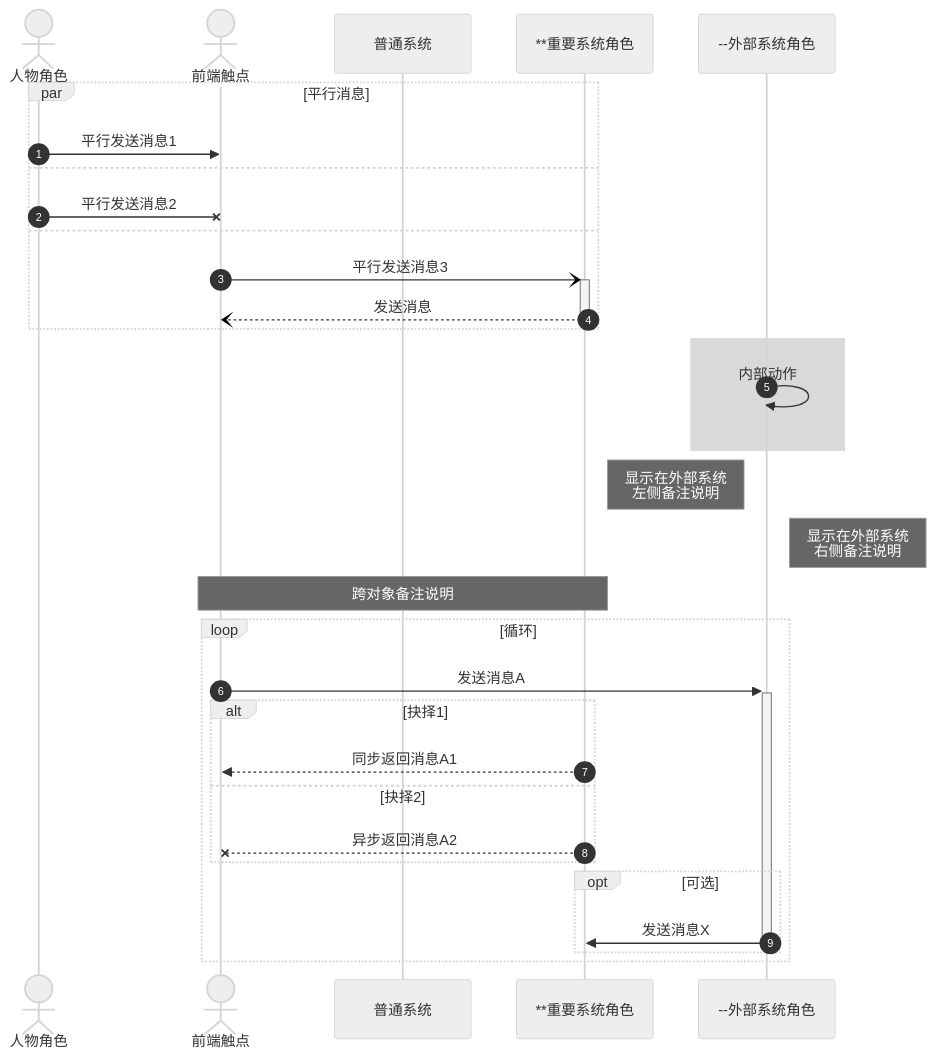
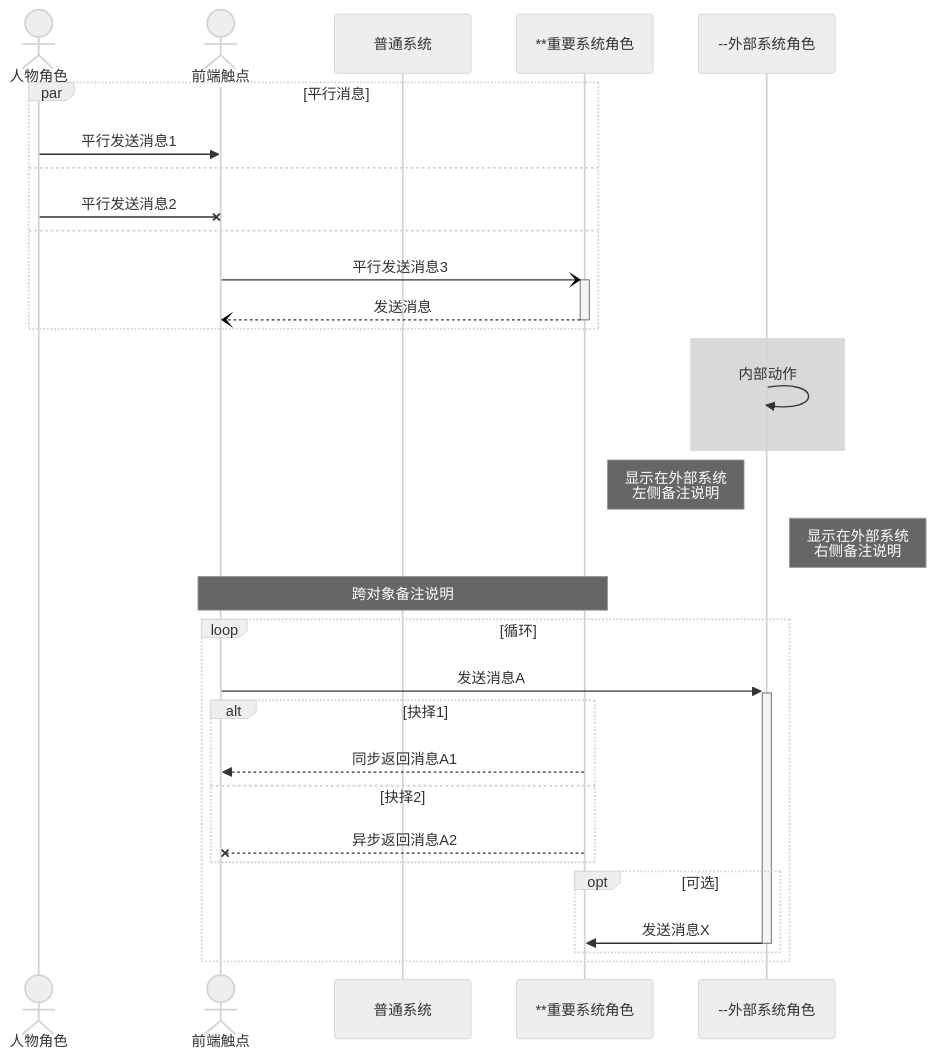
Before and after one commit to MadMaxChow/VLOOK: the fourth of 30 diagrams in released/demo/chart.md, drawn with Mermaid (neutral theme). The commit also changed other lines of this file and 116 other files, not shown here.

````diff
--- a/released/demo/chart.md
+++ b/released/demo/chart.md
@@ -224,40 +230,39 @@
 ```mermaid
 sequenceDiagram
 %% 设置显示消息的自动编号
-autonumber
 
 actor User as 人物角色
 actor Client as 前端触点
 participant MP as 普通系统
 participant Server as **重要系统角色
 participant Extend as --外部系统角色
 
 par 平行消息
 	User ->> Client: 平行发送消息1
 and
 	User -x Client: 平行发送消息2
 and
   Client -)+ Server: 平行发送消息3
   Server --)- Client: 发送消息
 end
 
 %% 设置区域高亮
 rect rgba(128, 128, 128, 0.3)
 	Extend ->> Extend: 内部动作
 end
 
 Note left of Extend: 显示在外部系统<br>左侧备注说明
 Note right of Extend: 显示在外部系统<br>右侧备注说明
 Note over Client,Server: 跨对象备注说明
 loop 循环
 	Client ->>+ Extend: 发送消息A
 	alt 抉择1
 		Server -->> Client: 同步返回消息A1
 	else 抉择2
 		Server --X Client: 异步返回消息A2
 	end
 	opt 可选
 		Extend ->>- Server: 发送消息X
 	end
 end
 ```
````
